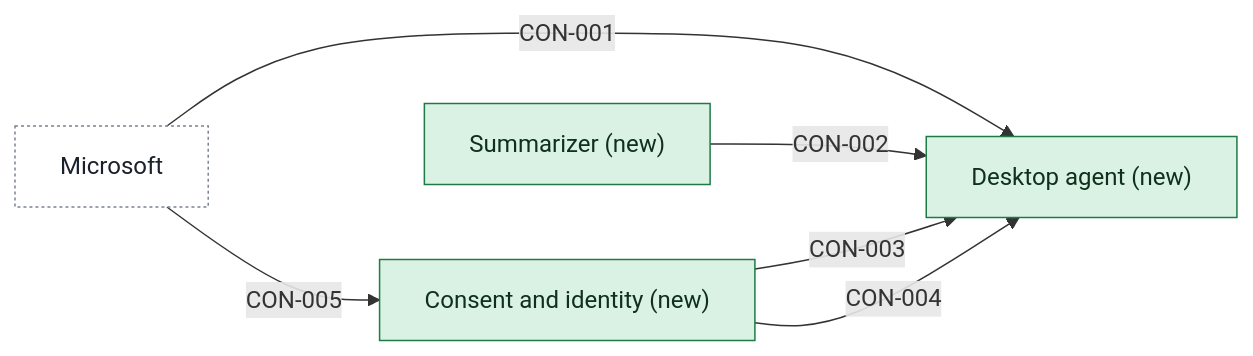
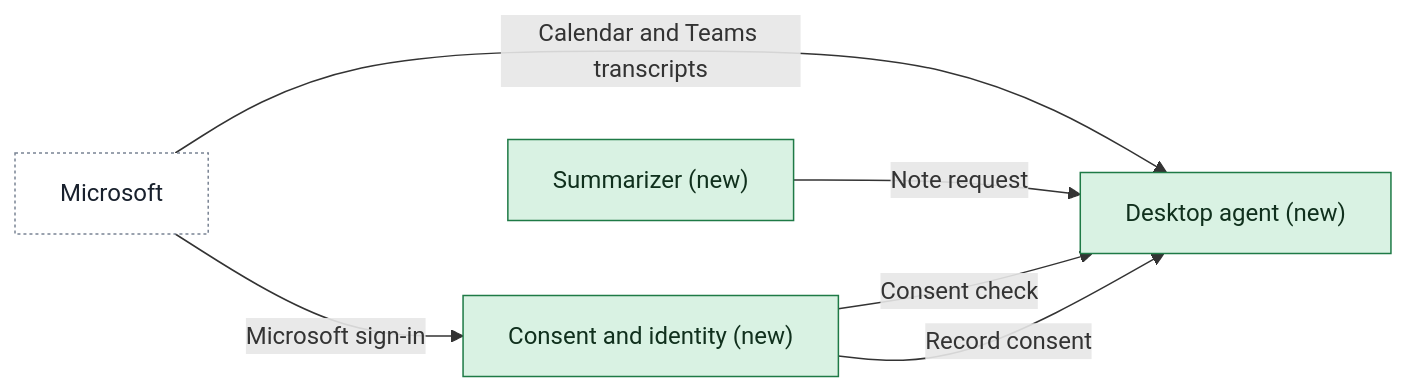
Before and after one commit to smalls257/vela: the diagram in tests/fixtures/team-skills/heron-plan/05-building-blocks/05-building-blocks.md, drawn with Mermaid. The commit also changed other lines of this file and 56 other files, not shown here.

````diff
--- a/tests/fixtures/team-skills/heron-plan/05-building-blocks/05-building-blocks.md
+++ b/tests/fixtures/team-skills/heron-plan/05-building-blocks/05-building-blocks.md
@@ -14,16 +14,16 @@
 ```mermaid
 flowchart LR
   n_APP_consent_and_identity["Consent and identity (new)"]
   n_APP_desktop_agent["Desktop agent (new)"]
   n_APP_summarizer["Summarizer (new)"]
   x_microsoft["Microsoft"]
-  x_microsoft -->|"CON-001"| n_APP_desktop_agent
-  n_APP_summarizer -->|"CON-002"| n_APP_desktop_agent
-  n_APP_consent_and_identity -->|"CON-003"| n_APP_desktop_agent
-  n_APP_consent_and_identity -->|"CON-004"| n_APP_desktop_agent
-  x_microsoft -->|"CON-005"| n_APP_consent_and_identity
+  x_microsoft -->|"Calendar and Teams transcripts"| n_APP_desktop_agent
+  n_APP_consent_and_identity -->|"Consent check"| n_APP_desktop_agent
+  x_microsoft -->|"Microsoft sign-in"| n_APP_consent_and_identity
+  n_APP_summarizer -->|"Note request"| n_APP_desktop_agent
+  n_APP_consent_and_identity -->|"Record consent"| n_APP_desktop_agent
   classDef external fill:#ffffff,stroke:#7a8494,color:#19212d,stroke-dasharray:2 2
   classDef new fill:#d9f2e3,stroke:#1e7a46,color:#10301d
   class x_microsoft external
   class n_APP_consent_and_identity,n_APP_desktop_agent,n_APP_summarizer new
 ```
````
